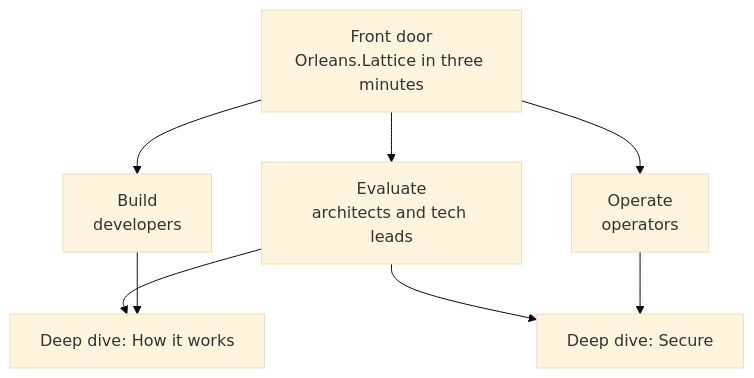
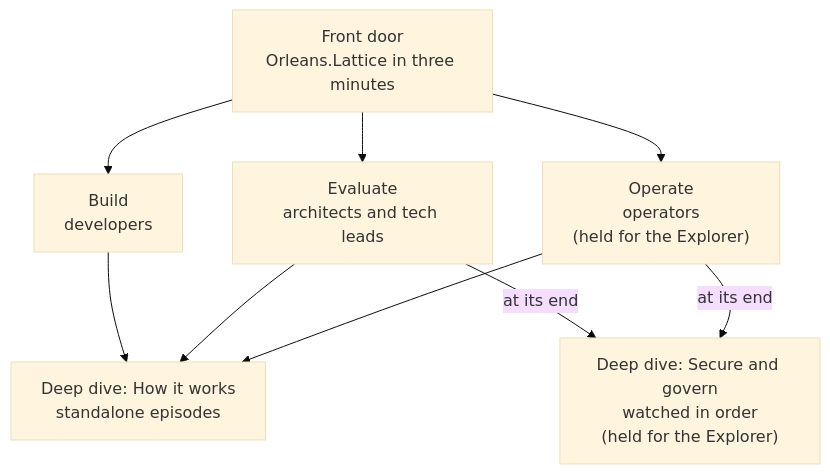
The diagram in videos/series.md (NSTA1/Orleans.Lattice), drawn with Mermaid (base theme) before and after one commit. The commit also changed other lines of this file and 2 other files, not shown here.

First line of the commit message:
docs(videos): order each path and hold Operate for the Explorer

````diff
--- a/videos/series.md
+++ b/videos/series.md
@@ -47,11 +47,12 @@
 ```mermaid
 flowchart TD
     Door["Front door<br/>Orleans.Lattice in three minutes"]
     Door --> Build["Build<br/>developers"]
     Door --> Evaluate["Evaluate<br/>architects and tech leads"]
-    Door --> Operate["Operate<br/>operators"]
-    Evaluate --> Secure["Deep dive: Secure"]
-    Operate --> Secure
-    Evaluate --> How["Deep dive: How it works"]
-    Build --> How
+    Door --> Operate["Operate<br/>operators<br/>(held for the Explorer)"]
+    Evaluate -->|at its end| Secure["Deep dive: Secure and govern<br/>watched in order<br/>(held for the Explorer)"]
+    Operate -->|at its end| Secure
+    Build --> How["Deep dive: How it works<br/>standalone episodes"]
+    Evaluate --> How
+    Operate --> How
 ```
````
